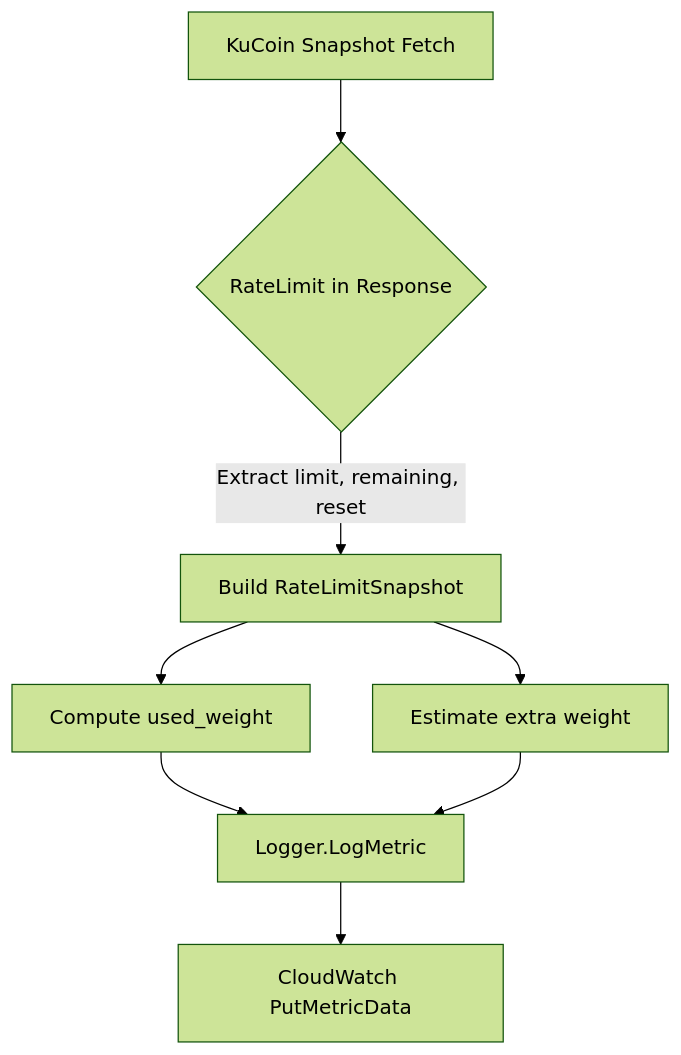
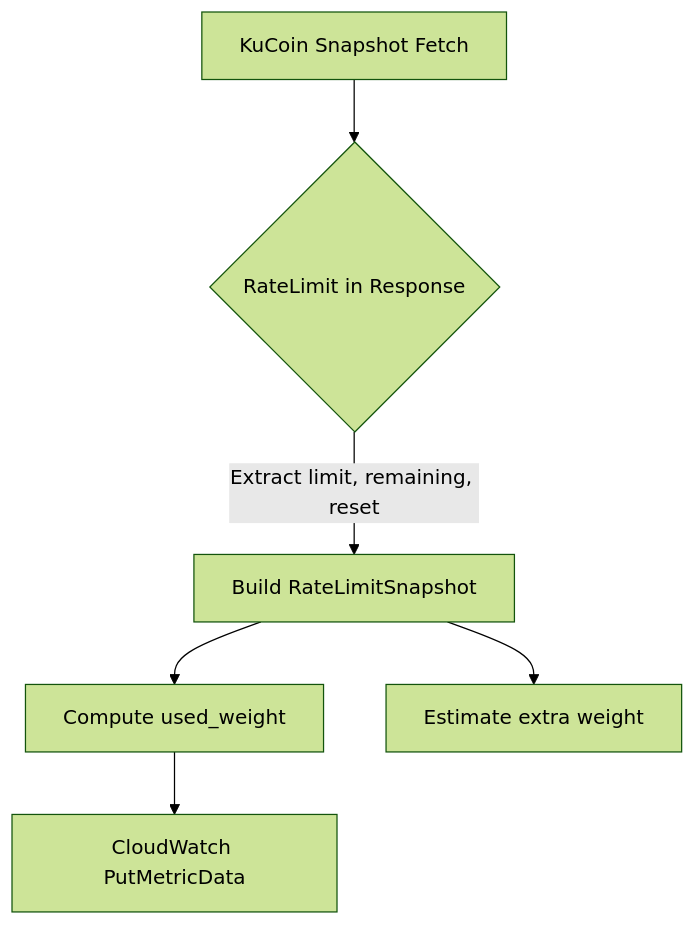
The diagram in docs/metric/kucoin/used_weight.md (rahjooh/CryptoTrade), drawn with Mermaid (forest theme) before and after one commit. The commit also changed 8 other files, not shown here.

````diff
--- a/docs/metric/kucoin/used_weight.md
+++ b/docs/metric/kucoin/used_weight.md
@@ -41,10 +41,8 @@
 ```mermaid
 flowchart TD
     A[KuCoin Snapshot Fetch] --> B{RateLimit in Response}
     B -->|Extract limit, remaining, reset| C[Build RateLimitSnapshot]
     C --> D[Compute used_weight]
     C --> E[Estimate extra weight]
-    D --> F[Logger.LogMetric]
-    E --> F
-    F --> G[CloudWatch PutMetricData]
+    D --> G[CloudWatch PutMetricData]
 ```
````
